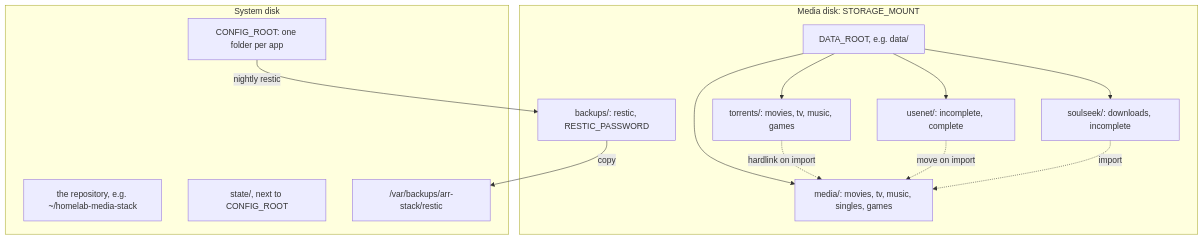
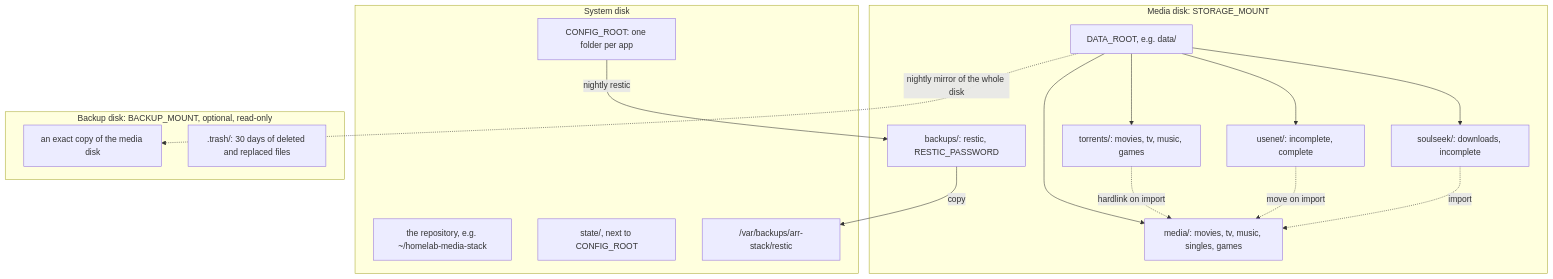
Before and after one commit to bugrauluyurt/homelab-media-stack: the fourth of 4 diagrams in docs/architecture.md, drawn with Mermaid. The commit also changed other lines of this file and 36 other files, not shown here.

First line of the commit message:
feat(storage): mirror media to a backup drive and shut down on ups (#50)

````diff
--- a/docs/architecture.md
+++ b/docs/architecture.md
@@ -180,25 +182,31 @@
 ```mermaid
 flowchart TD
   subgraph media["Media disk: STORAGE_MOUNT"]
     data["DATA_ROOT, e.g. data/"]
     torrents["torrents/: movies, tv, music, games"]
     usenetdir["usenet/: incomplete, complete"]
     soulseek["soulseek/: downloads, incomplete"]
     lib["media/: movies, tv, music, singles, games"]
     backups["backups/: restic, RESTIC_PASSWORD"]
     data --> torrents & usenetdir & soulseek & lib
   end
 
   subgraph system["System disk"]
     repo["the repository, e.g. ~/homelab-media-stack"]
     config["CONFIG_ROOT: one folder per app"]
     state["state/, next to CONFIG_ROOT"]
     mirror["/var/backups/arr-stack/restic"]
   end
 
+  subgraph backupdisk["Backup disk: BACKUP_MOUNT, optional, read-only"]
+    copy["an exact copy of the media disk"]
+    trash[".trash/: 30 days of deleted and replaced files"]
+  end
+
   torrents -.->|"hardlink on import"| lib
   usenetdir -.->|"move on import"| lib
   soulseek -.->|"import"| lib
   config -->|"nightly restic"| backups
   backups -->|"copy"| mirror
+  data -.->|"nightly mirror of the whole disk"| copy
 ```
````
